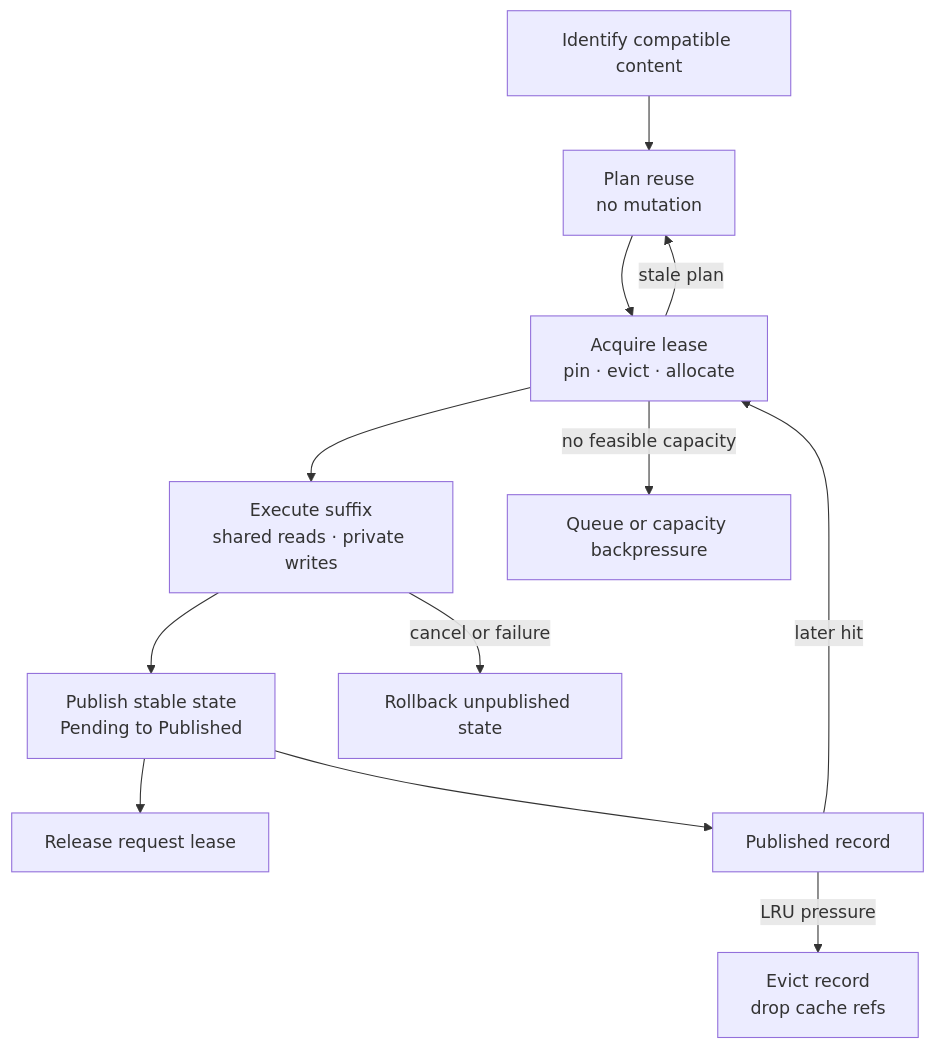
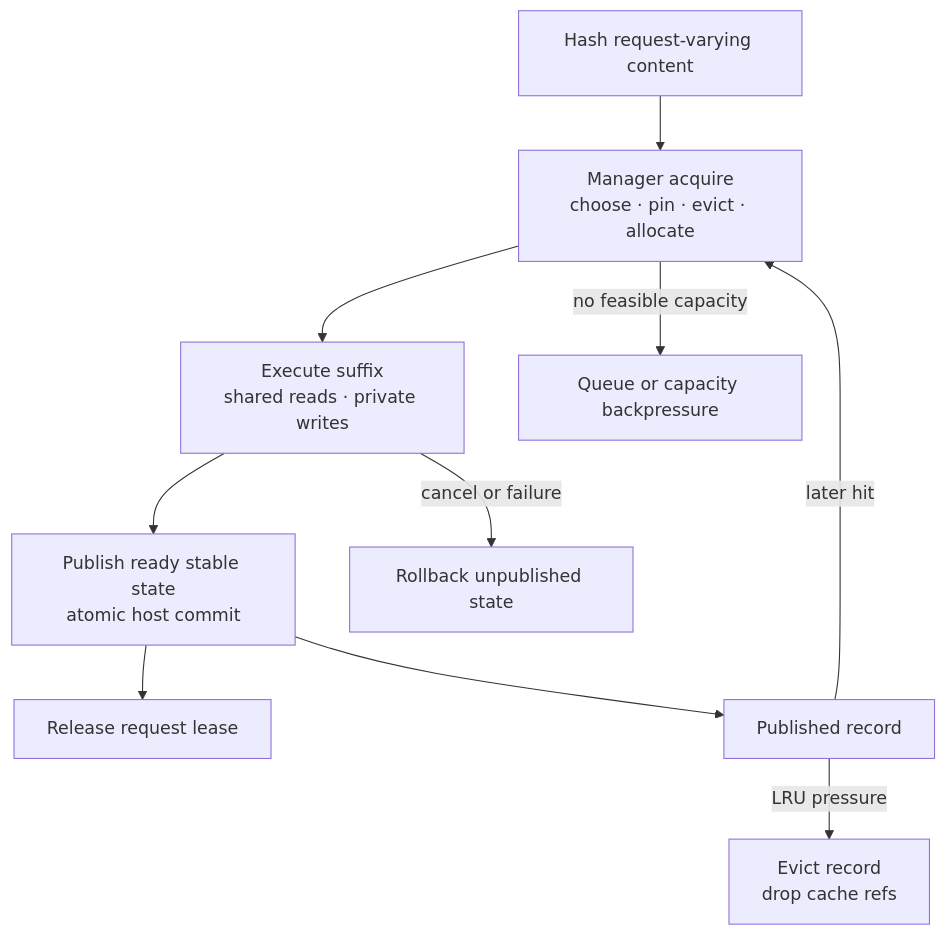
The second of 3 diagrams in design/in_progress/production_context_cache_design.md (ConstBob/TensorRT-Edge-LLM), drawn with Mermaid before and after one commit. The commit also changed other lines of this file and 117 other files, not shown here.

````diff
--- a/design/in_progress/production_context_cache_design.md
+++ b/design/in_progress/production_context_cache_design.md
@@ -182,21 +239,19 @@
 ```mermaid
 flowchart TB
-    Identify[Identify compatible content]
-    Plan[Plan reuse<br/>no mutation]
-    Acquire[Acquire lease<br/>pin · evict · allocate]
+    Identify[Hash request-varying content]
+    Acquire[Manager acquire<br/>choose · pin · evict · allocate]
     Execute[Execute suffix<br/>shared reads · private writes]
-    Publish[Publish stable state<br/>Pending to Published]
+    Publish[Publish ready stable state<br/>atomic host commit]
     Release[Release request lease]
     Resident[Published record]
     Backpressure[Queue or capacity backpressure]
     Rollback[Rollback unpublished state]
     Evict[Evict record<br/>drop cache refs]
 
-    Identify --> Plan --> Acquire --> Execute --> Publish --> Release
-    Acquire -- stale plan --> Plan
+    Identify --> Acquire --> Execute --> Publish --> Release
     Acquire -- no feasible capacity --> Backpressure
     Execute -- cancel or failure --> Rollback
     Publish --> Resident
     Resident -- later hit --> Acquire
     Resident -- LRU pressure --> Evict
 ```
````
